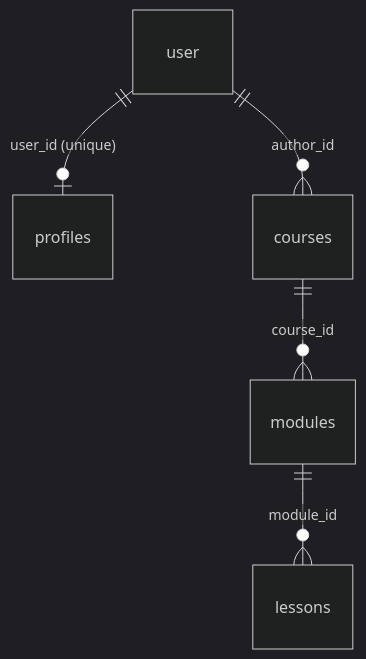
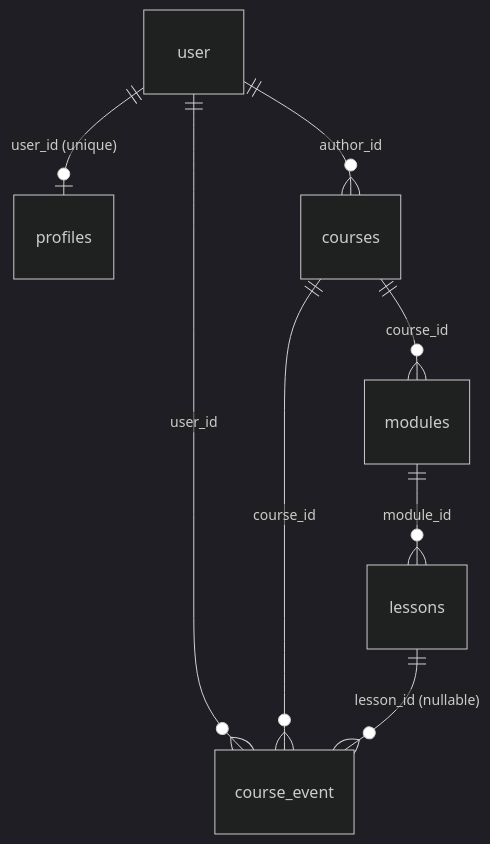
Before and after one commit to paramcodes/lagan: the diagram in docs/data-model.md, drawn with Mermaid (dark theme). The commit also changed other lines of this file and 1 other file, not shown here.

Commit message:
docs: correct stale schema and route claims

````diff
--- a/docs/data-model.md
+++ b/docs/data-model.md
@@ -18,7 +19,10 @@
 ```mermaid
 erDiagram
   user ||--o| profiles : "user_id (unique)"
   user ||--o{ courses : "author_id"
+  user ||--o{ course_event : "user_id"
   courses ||--o{ modules : "course_id"
+  courses ||--o{ course_event : "course_id"
   modules ||--o{ lessons : "module_id"
+  lessons ||--o{ course_event : "lesson_id (nullable)"
 ```
````
